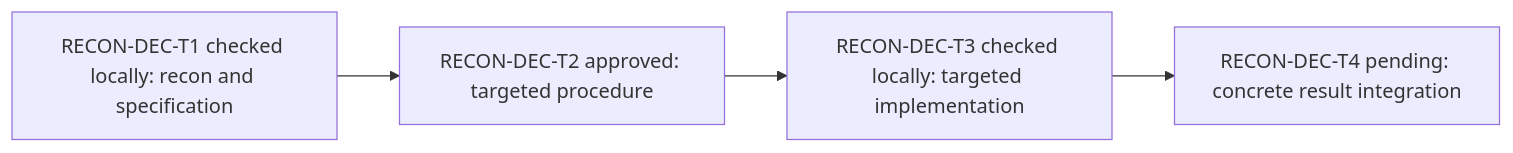
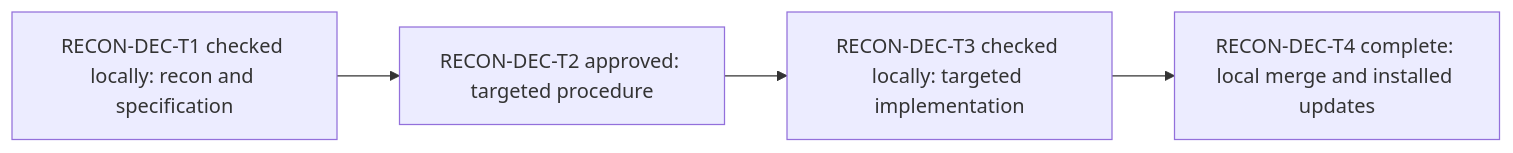
One commit to dm-uy/galaxica-sombrero changed the first of 6 diagrams in examples/pm-project/ROADMAP.md. Above: the diagram before and after it, drawn with Mermaid. The commit also changed other lines of this file and 4 other files, not shown here.

````diff
--- a/examples/pm-project/ROADMAP.md
+++ b/examples/pm-project/ROADMAP.md
@@ -7,6 +7,6 @@
 ```mermaid
 flowchart LR
   RD1["RECON-DEC-T1 checked locally: recon and specification"] --> RD2["RECON-DEC-T2 approved: targeted procedure"]
   RD2 --> RD3["RECON-DEC-T3 checked locally: targeted implementation"]
-  RD3 --> RD4["RECON-DEC-T4 pending: concrete result integration"]
+  RD3 --> RD4["RECON-DEC-T4 complete: local merge and installed updates"]
 ```
````
